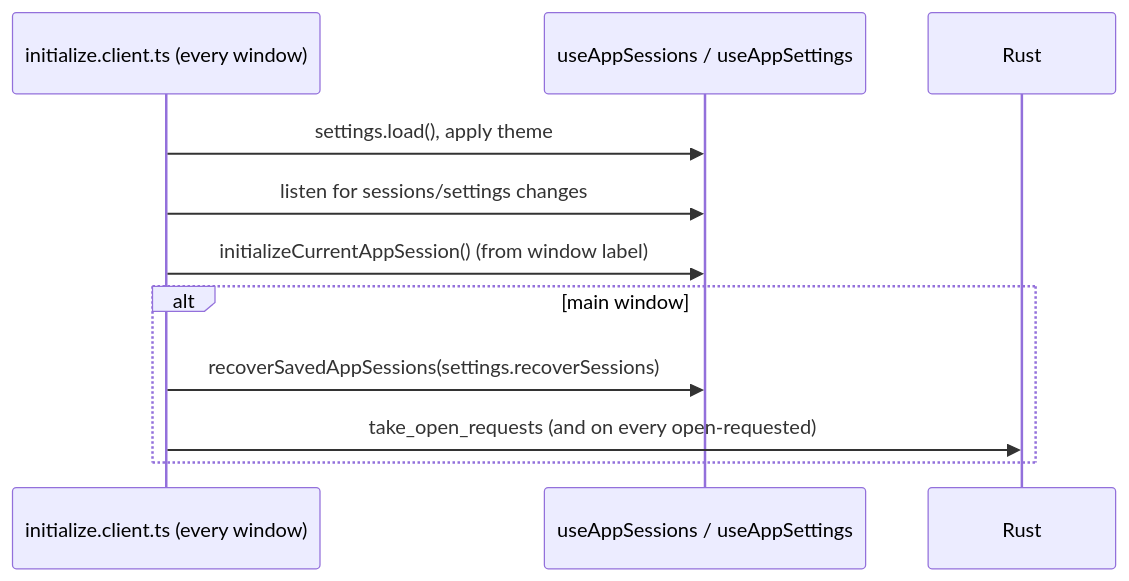
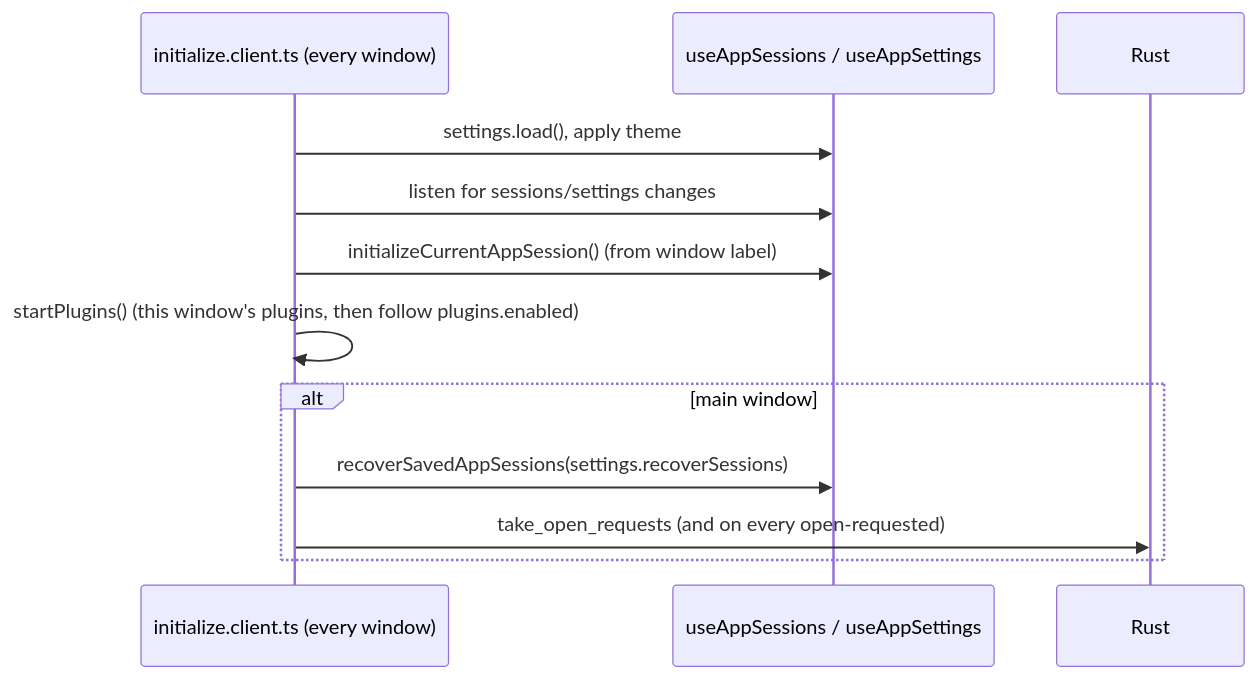
One commit to CTRL-Neo-Studios/vertex changed the third of 3 diagrams in Concepts and Structures.md. Above: the diagram before and after it, drawn with Mermaid. The commit also changed other lines of this file and 29 other files, not shown here.

````diff
--- a/Concepts and Structures.md
+++ b/Concepts and Structures.md
@@ -413,13 +437,14 @@
 ```mermaid
 sequenceDiagram
     participant Plugin as initialize.client.ts (every window)
     participant S as useAppSessions / useAppSettings
     participant Rust
     Plugin->>S: settings.load(), apply theme
     Plugin->>S: listen for sessions/settings changes
     Plugin->>S: initializeCurrentAppSession() (from window label)
+    Plugin->>Plugin: startPlugins() (this window's plugins, then follow plugins.enabled)
     alt main window
         Plugin->>S: recoverSavedAppSessions(settings.recoverSessions)
         Plugin->>Rust: take_open_requests (and on every open-requested)
     end
 ```
````
